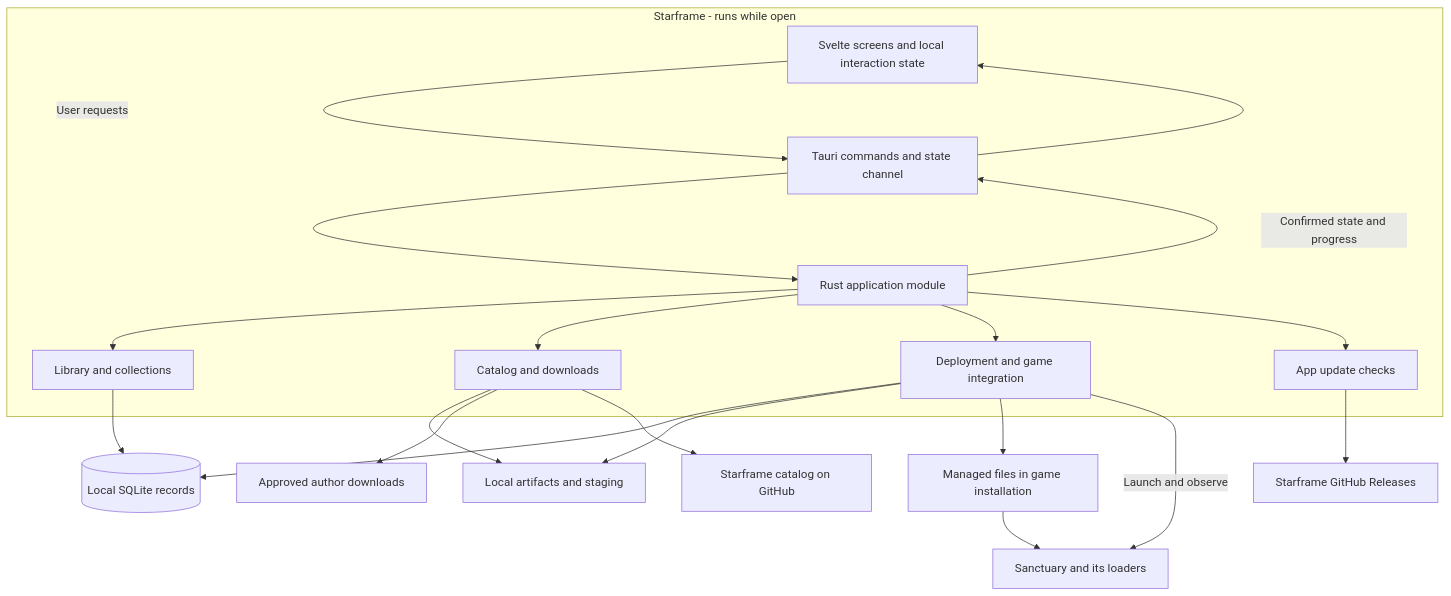
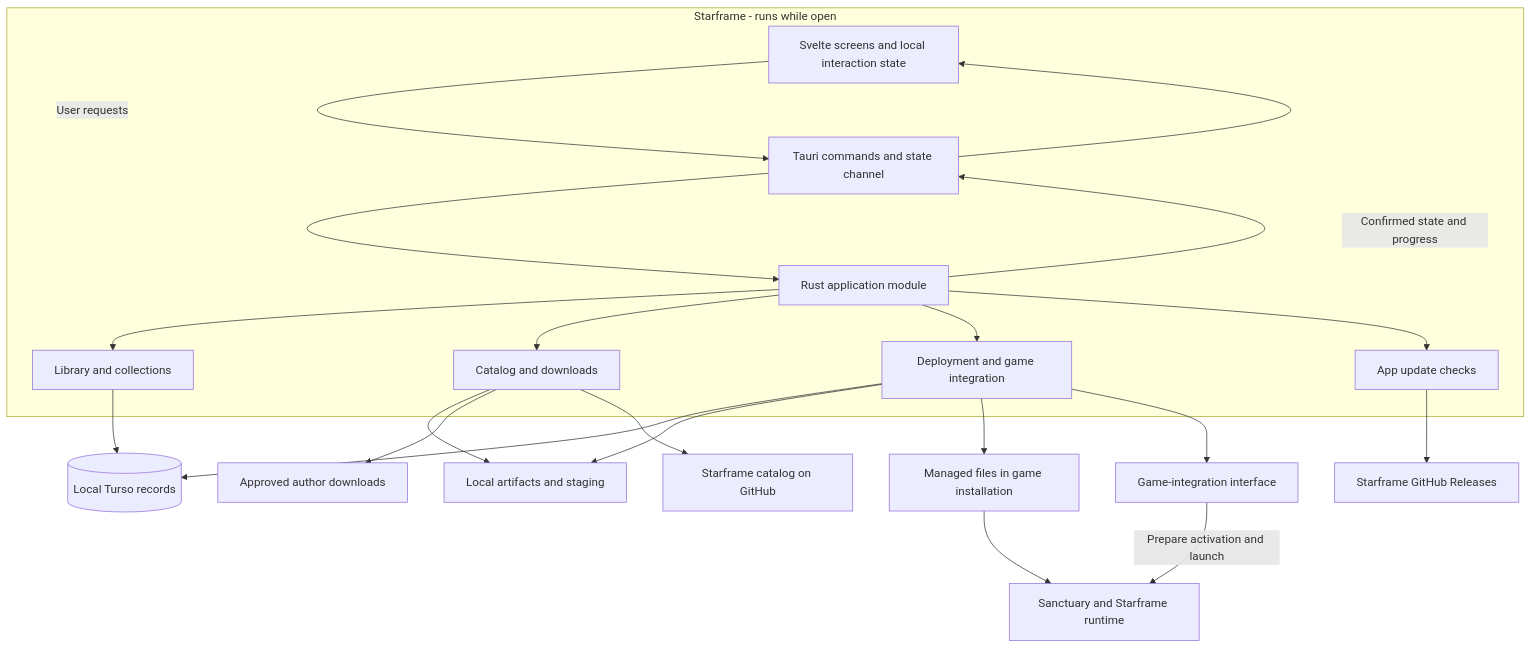
The first of 8 diagrams in ARCHITECTURE.md (Mastervoliumpl/Starframe), drawn with Mermaid before and after one commit. The commit also changed other lines of this file and 2 other files, not shown here.

Commit message:
docs: revise runtime, load order and local storage architecture

````diff
--- a/ARCHITECTURE.md
+++ b/ARCHITECTURE.md
@@ -27,30 +29,31 @@
 ```mermaid
 flowchart TB
     subgraph App[Starframe - runs while open]
         UI[Svelte screens and local interaction state]
         IPC[Tauri commands and state channel]
         Core[Rust application module]
         Library[Library and collections]
         Catalog[Catalog and downloads]
         Deploy[Deployment and game integration]
         Updates[App update checks]
         UI -->|User requests| IPC
         IPC --> Core
         Core --> Library
         Core --> Catalog
         Core --> Deploy
         Core --> Updates
         Core -->|Confirmed state and progress| IPC
         IPC --> UI
     end
-    Library --> DB[(Local SQLite records)]
+    Library --> DB[(Local Turso records)]
     Catalog --> Files[Local artifacts and staging]
     Catalog --> Authors[Approved author downloads]
     Catalog --> Index[Starframe catalog on GitHub]
     Updates --> Releases[Starframe GitHub Releases]
     Deploy --> DB
     Deploy --> Files
     Deploy --> GameFiles[Managed files in game installation]
-    Deploy -->|Launch and observe| Game[Sanctuary and its loaders]
+    Deploy --> Integration[Game-integration interface]
+    Integration -->|Prepare activation and launch| Game[Sanctuary and Starframe runtime]
     GameFiles --> Game
 ```
````
